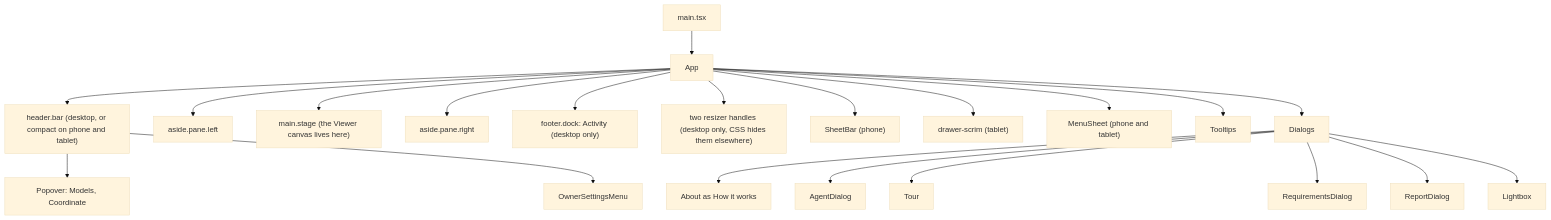
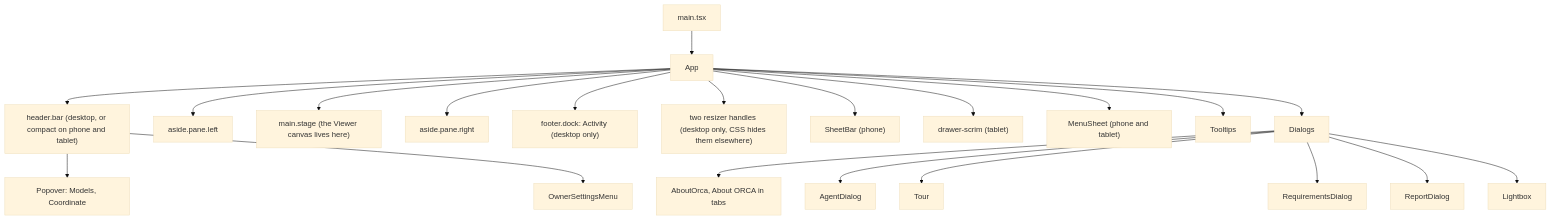
The first of 4 diagrams in docs/architecture/12-web-app.md (IssueLab-Inc/ORCA), drawn with Mermaid (base theme) before and after one commit. The commit also changed other lines of this file and 12 other files, not shown here.

First line of the commit message:
About ORCA: a tabbed, animated page on what ORCA does, how, and what it has proven

````diff
--- a/docs/architecture/12-web-app.md
+++ b/docs/architecture/12-web-app.md
@@ -64,23 +66,23 @@
 ```mermaid
 flowchart TD
   main["main.tsx"] --> app["App"]
   app --> header["header.bar (desktop, or compact on phone and tablet)"]
   app --> left["aside.pane.left"]
   app --> stage["main.stage (the Viewer canvas lives here)"]
   app --> right["aside.pane.right"]
   app --> dock["footer.dock: Activity (desktop only)"]
   app --> resizers["two resizer handles (desktop only, CSS hides them elsewhere)"]
   app --> sheet["SheetBar (phone)"]
   app --> drawer["drawer-scrim (tablet)"]
   app --> menu["MenuSheet (phone and tablet)"]
   app --> tips["Tooltips"]
   app --> dialogs["Dialogs"]
   header --> pops["Popover: Models, Coordinate"]
   header --> owner["OwnerSettingsMenu"]
-  dialogs --> about["About as How it works"]
+  dialogs --> about["AboutOrca, About ORCA in tabs"]
   dialogs --> agent["AgentDialog"]
   dialogs --> tour["Tour"]
   dialogs --> req["RequirementsDialog"]
   dialogs --> doc["ReportDialog"]
   dialogs --> lb["Lightbox"]
 ```
````
